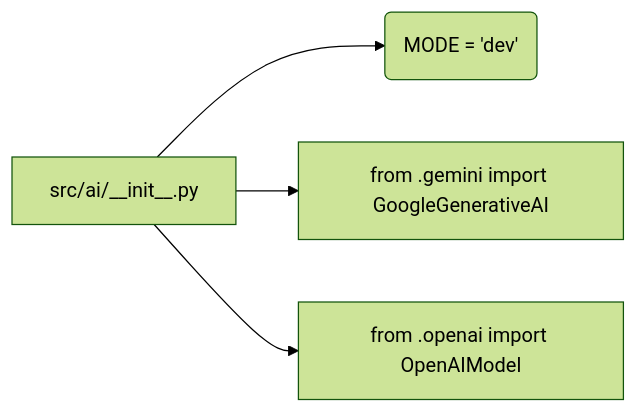
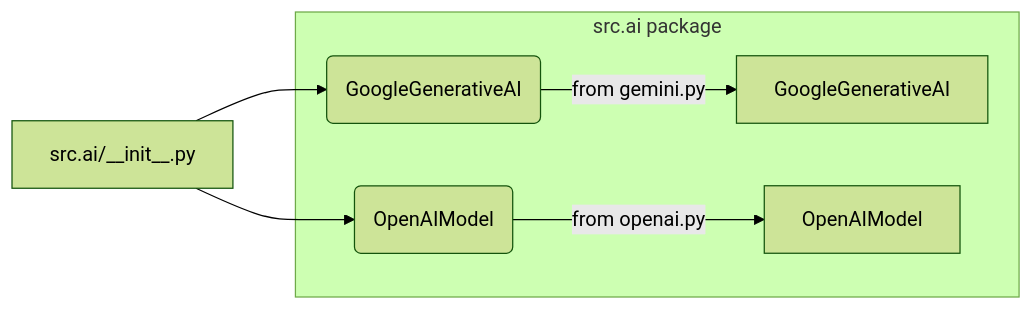
One commit to hypo69/hypo changed the diagram in docs/gemini/en/explainer/src/ai/__init__.md. Above: the diagram before and after it, drawn with Mermaid (forest theme). The commit also changed other lines of this file and 2939 other files, not shown here.

````diff
--- a/docs/gemini/en/explainer/src/ai/__init__.md
+++ b/docs/gemini/en/explainer/src/ai/__init__.md
@@ -33,6 +32,9 @@
 ```mermaid
 graph LR
-    A[src/ai/__init__.py] --> B(MODE = 'dev');
-    A --> C[from .gemini import GoogleGenerativeAI];
-    A --> D[from .openai import OpenAIModel];
+    A[src.ai/__init__.py] --> B(GoogleGenerativeAI);
+    A --> C(OpenAIModel);
+    subgraph "src.ai package"
+        B --from gemini.py --> GoogleGenerativeAI;
+        C --from openai.py --> OpenAIModel;
+    end
 ```
````
